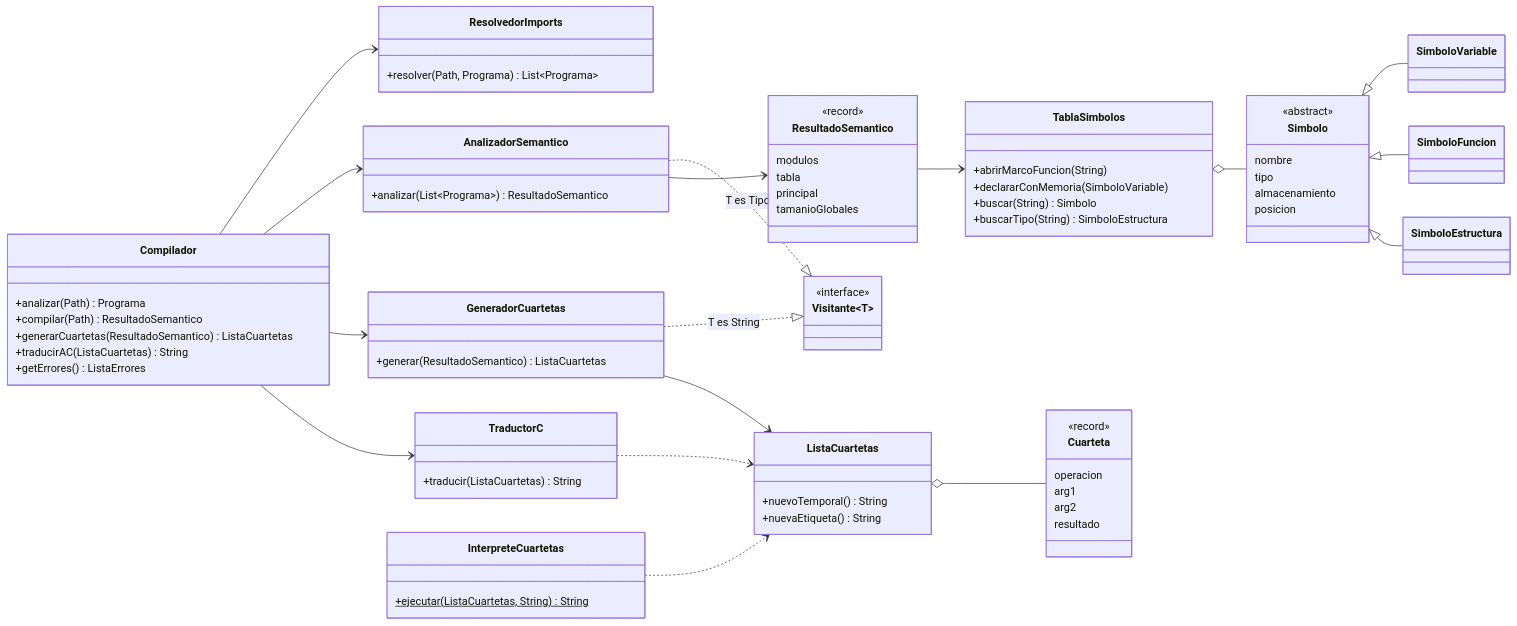
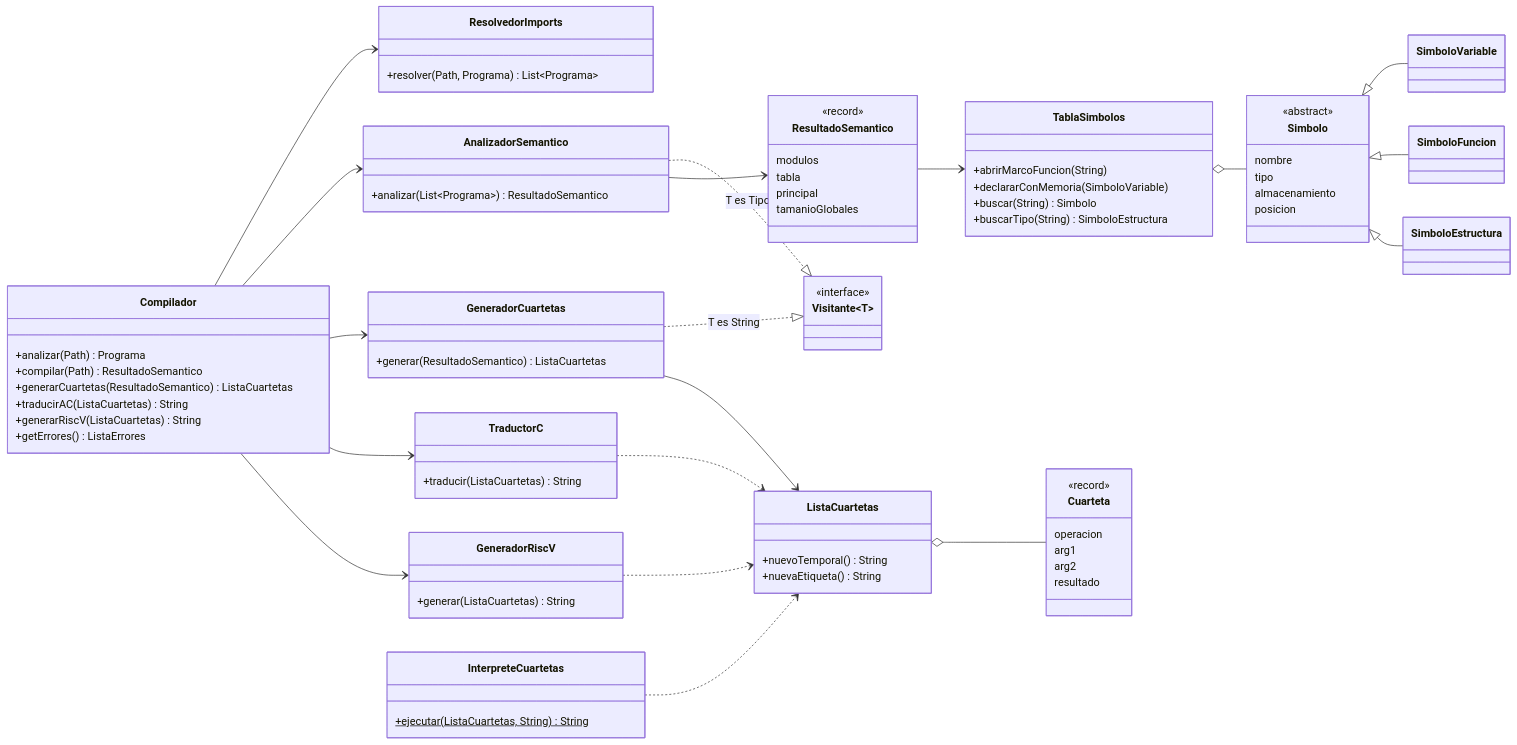
Before and after one commit to LuisRV2112/Proyecto1_compi2SS2025: the second of 6 diagrams in MANUAL_TECNICO.md, drawn with Mermaid. The commit also changed other lines of this file, not shown here.

````diff
--- a/MANUAL_TECNICO.md
+++ b/MANUAL_TECNICO.md
@@ -66,76 +86,82 @@
 ```mermaid
 classDiagram
     direction LR
     class Compilador {
         +analizar(Path) Programa
         +compilar(Path) ResultadoSemantico
         +generarCuartetas(ResultadoSemantico) ListaCuartetas
         +traducirAC(ListaCuartetas) String
+        +generarRiscV(ListaCuartetas) String
         +getErrores() ListaErrores
     }
     class ResolvedorImports {
         +resolver(Path, Programa) List~Programa~
     }
     class AnalizadorSemantico {
         +analizar(List~Programa~) ResultadoSemantico
     }
     class ResultadoSemantico {
         <<record>>
         modulos
         tabla
         principal
         tamanioGlobales
     }
     class GeneradorCuartetas {
         +generar(ResultadoSemantico) ListaCuartetas
     }
     class ListaCuartetas {
         +nuevoTemporal() String
         +nuevaEtiqueta() String
     }
     class Cuarteta {
         <<record>>
         operacion
         arg1
         arg2
         resultado
     }
     class TraductorC {
         +traducir(ListaCuartetas) String
     }
+    class GeneradorRiscV {
+        +generar(ListaCuartetas) String
+    }
     class InterpreteCuartetas {
         +ejecutar(ListaCuartetas, String)$ String
     }
     class Visitante~T~ {
         <<interface>>
     }
     Compilador --> ResolvedorImports
     Compilador --> AnalizadorSemantico
     Compilador --> GeneradorCuartetas
     Compilador --> TraductorC
+    Compilador --> GeneradorRiscV
     AnalizadorSemantico ..|> Visitante : T es Tipo
     GeneradorCuartetas ..|> Visitante : T es String
     AnalizadorSemantico --> ResultadoSemantico
     ResultadoSemantico --> TablaSimbolos
     GeneradorCuartetas --> ListaCuartetas
     ListaCuartetas o-- Cuarteta
     TraductorC ..> ListaCuartetas
+    GeneradorRiscV ..> ListaCuartetas
     InterpreteCuartetas ..> ListaCuartetas
     class TablaSimbolos {
         +abrirMarcoFuncion(String)
         +declararConMemoria(SimboloVariable)
         +buscar(String) Simbolo
         +buscarTipo(String) SimboloEstructura
     }
     class Simbolo {
         <<abstract>>
         nombre
         tipo
         almacenamiento
         posicion
     }
     TablaSimbolos o-- Simbolo
     Simbolo <|-- SimboloVariable
     Simbolo <|-- SimboloFuncion
     Simbolo <|-- SimboloEstructura
 ```
````
